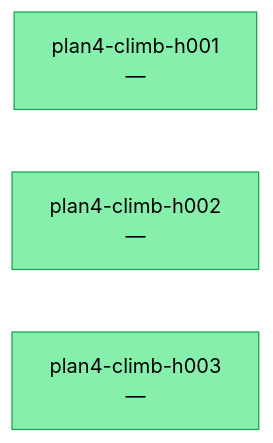
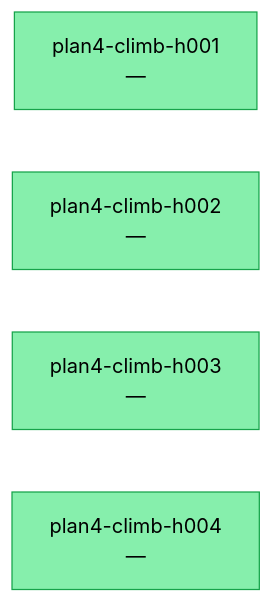
The diagram in docs/status/climb/research-tree.md (uukuguy/asterion), drawn with Mermaid (neutral theme) before and after one commit. The commit also changed other lines of this file and 7 other files, not shown here.

````diff
--- a/docs/status/climb/research-tree.md
+++ b/docs/status/climb/research-tree.md
@@ -36,13 +37,15 @@
 ```mermaid
 graph LR
     classDef sota fill:#4ade80,stroke:#15803d,color:#000
     classDef confirmed fill:#86efac,stroke:#16a34a,color:#000
     classDef falsified fill:#fca5a5,stroke:#b91c1c,color:#000
     classDef pending fill:#fde68a,stroke:#a16207,color:#000
     plan4_climb_h001["plan4-climb-h001<br/>—"]
     class plan4_climb_h001 confirmed
     plan4_climb_h002["plan4-climb-h002<br/>—"]
     class plan4_climb_h002 confirmed
     plan4_climb_h003["plan4-climb-h003<br/>—"]
     class plan4_climb_h003 confirmed
+    plan4_climb_h004["plan4-climb-h004<br/>—"]
+    class plan4_climb_h004 confirmed
 ```
````
